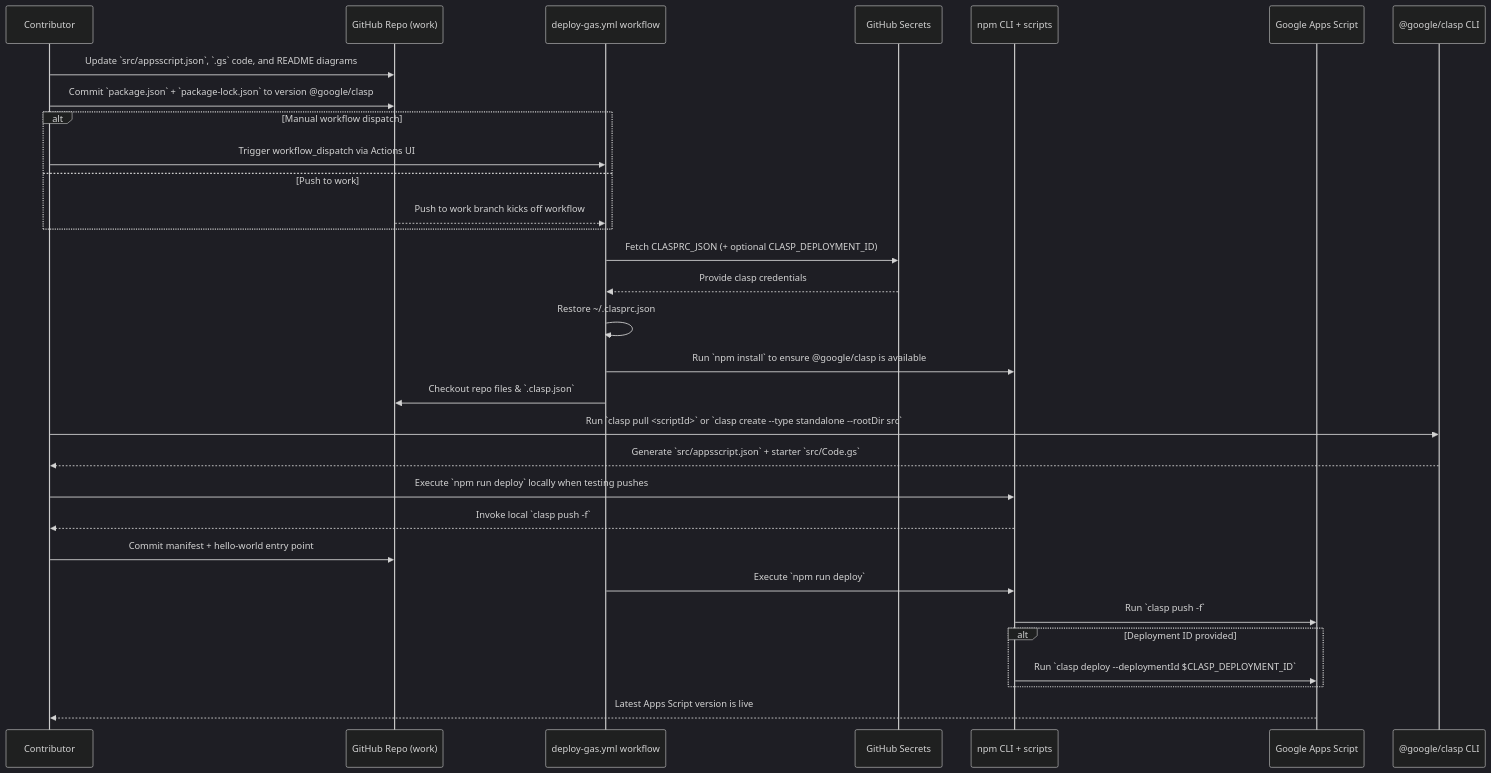
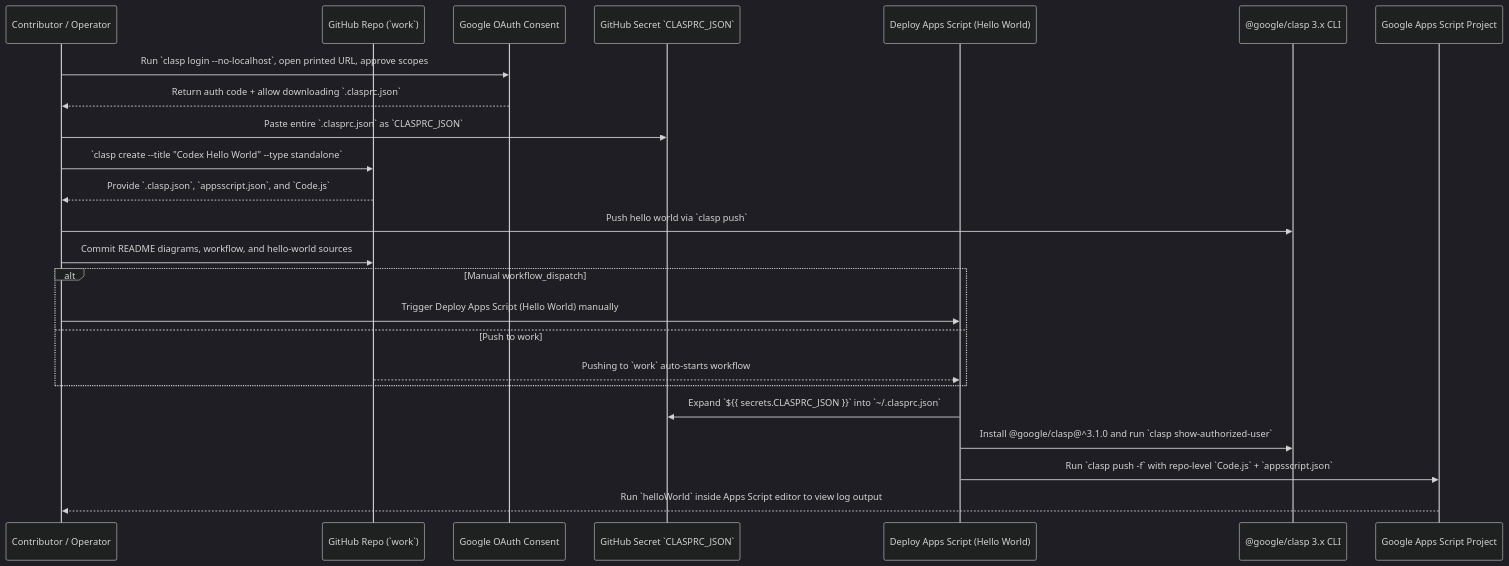
The third of 5 diagrams in README.md (muyueh/test-clasp), drawn with Mermaid (dark theme) before and after one commit. The commit also changed other lines of this file and 7 other files, not shown here.

Commit message:
Rebuild root-level clasp hello world

````diff
--- a/README.md
+++ b/README.md
@@ -57,33 +68,26 @@
 ```mermaid
 sequenceDiagram
-    participant Dev as Contributor
-    participant Repo as GitHub Repo (work)
-    participant CI as deploy-gas.yml workflow
-    participant Secrets as GitHub Secrets
-    participant npm as npm CLI + scripts
-    participant GAS as Google Apps Script
-    participant Clasp as @google/clasp CLI
-    Dev->>Repo: Update `src/appsscript.json`, `.gs` code, and README diagrams
-    Dev->>Repo: Commit `package.json` + `package-lock.json` to version @google/clasp
-    alt Manual workflow dispatch
-        Dev->>CI: Trigger workflow_dispatch via Actions UI
+    participant User as Contributor / Operator
+    participant Repo as GitHub Repo (`work`)
+    participant OAuth as Google OAuth Consent
+    participant Secrets as GitHub Secret `CLASPRC_JSON`
+    participant CI as Deploy Apps Script (Hello World)
+    participant Clasp as @google/clasp 3.x CLI
+    participant GAS as Google Apps Script Project
+    User->>OAuth: Run `clasp login --no-localhost`, open printed URL, approve scopes
+    OAuth-->>User: Return auth code + allow downloading `.clasprc.json`
+    User->>Secrets: Paste entire `.clasprc.json` as `CLASPRC_JSON`
+    User->>Repo: `clasp create --title "Codex Hello World" --type standalone`
+    Repo-->>User: Provide `.clasp.json`, `appsscript.json`, and `Code.js`
+    User->>Clasp: Push hello world via `clasp push`
+    User->>Repo: Commit README diagrams, workflow, and hello-world sources
+    alt Manual workflow_dispatch
+        User->>CI: Trigger Deploy Apps Script (Hello World) manually
     else Push to work
-        Repo-->>CI: Push to work branch kicks off workflow
+        Repo-->>CI: Pushing to `work` auto-starts workflow
     end
-    CI->>Secrets: Fetch CLASPRC_JSON (+ optional CLASP_DEPLOYMENT_ID)
-    Secrets-->>CI: Provide clasp credentials
-    CI->>CI: Restore ~/.clasprc.json
-    CI->>npm: Run `npm install` to ensure @google/clasp is available
-    CI->>Repo: Checkout repo files & `.clasp.json`
-    Dev->>Clasp: Run `clasp pull <scriptId>` or `clasp create --type standalone --rootDir src`
-    Clasp-->>Dev: Generate `src/appsscript.json` + starter `src/Code.gs`
-    Dev->>npm: Execute `npm run deploy` locally when testing pushes
-    npm-->>Dev: Invoke local `clasp push -f`
-    Dev->>Repo: Commit manifest + hello-world entry point
-    CI->>npm: Execute `npm run deploy`
-    npm->>GAS: Run `clasp push -f`
-    alt Deployment ID provided
-        npm->>GAS: Run `clasp deploy --deploymentId $CLASP_DEPLOYMENT_ID`
-    end
-    GAS-->>Dev: Latest Apps Script version is live
+    CI->>Secrets: Expand `${{ secrets.CLASPRC_JSON }}` into `~/.clasprc.json`
+    CI->>Clasp: Install @google/clasp@^3.1.0 and run `clasp show-authorized-user`
+    CI->>GAS: Run `clasp push -f` with repo-level `Code.js` + `appsscript.json`
+    GAS-->>User: Run `helloWorld` inside Apps Script editor to view log output
 ```
````
